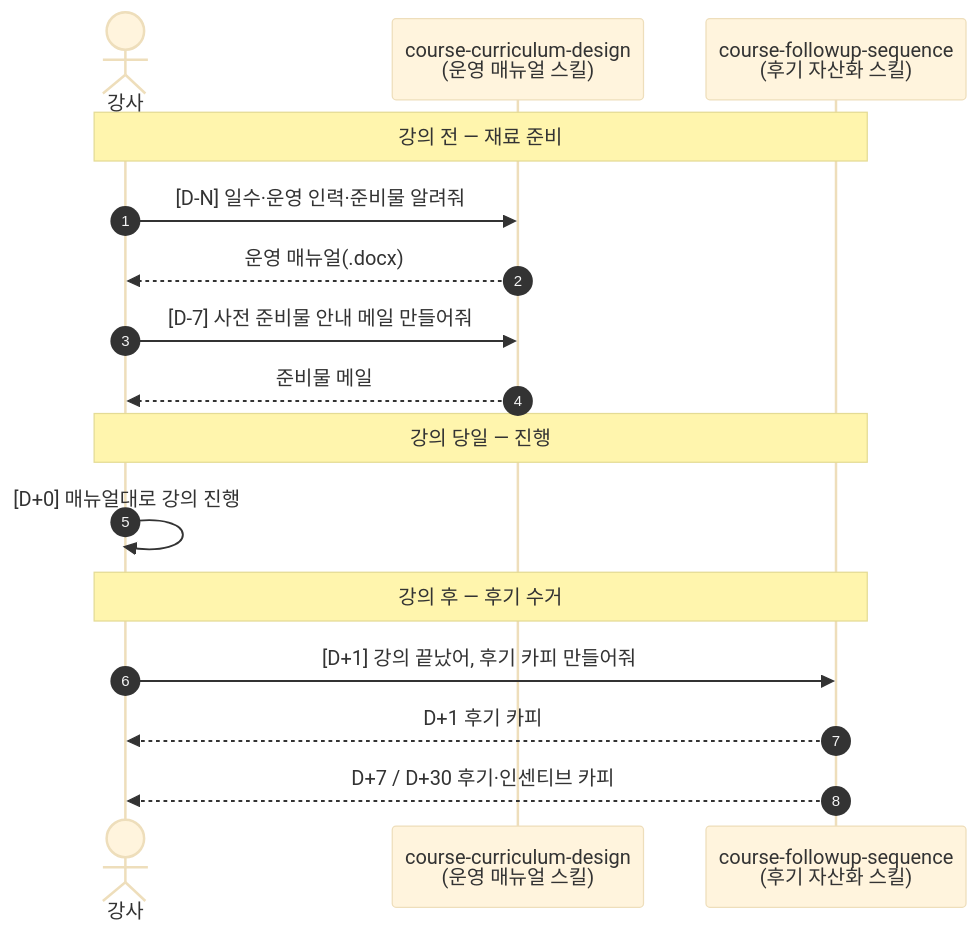
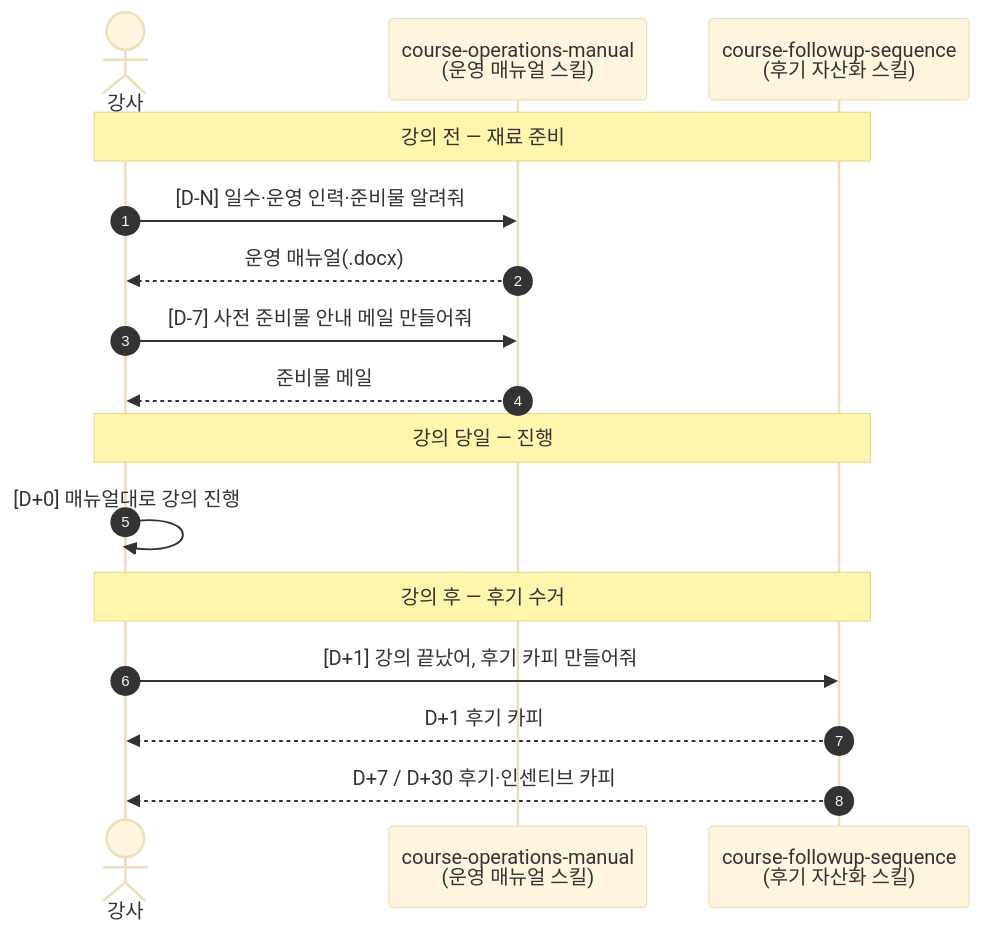
Before and after one commit to modu-ai/claude: the second of 2 diagrams in content/plugins/moai-education.md, drawn with Mermaid (base theme). The commit also changed other lines of this file and 1 other file, not shown here.

````diff
--- a/content/plugins/moai-education.md
+++ b/content/plugins/moai-education.md
@@ -112,21 +111,21 @@
 ```mermaid
 sequenceDiagram
     autonumber
     actor 강사
-    participant CD as course-curriculum-design<br/>(운영 매뉴얼 스킬)
+    participant CD as course-operations-manual<br/>(운영 매뉴얼 스킬)
     participant FS as course-followup-sequence<br/>(후기 자산화 스킬)
 
     Note over 강사,FS: 강의 전 — 재료 준비
     강사->>CD: [D-N] 일수·운영 인력·준비물 알려줘
     CD-->>강사: 운영 매뉴얼(.docx)
     강사->>CD: [D-7] 사전 준비물 안내 메일 만들어줘
     CD-->>강사: 준비물 메일
 
     Note over 강사,FS: 강의 당일 — 진행
     강사->>강사: [D+0] 매뉴얼대로 강의 진행
 
     Note over 강사,FS: 강의 후 — 후기 수거
     강사->>FS: [D+1] 강의 끝났어, 후기 카피 만들어줘
     FS-->>강사: D+1 후기 카피
     FS-->>강사: D+7 / D+30 후기·인센티브 카피
 ```
````
